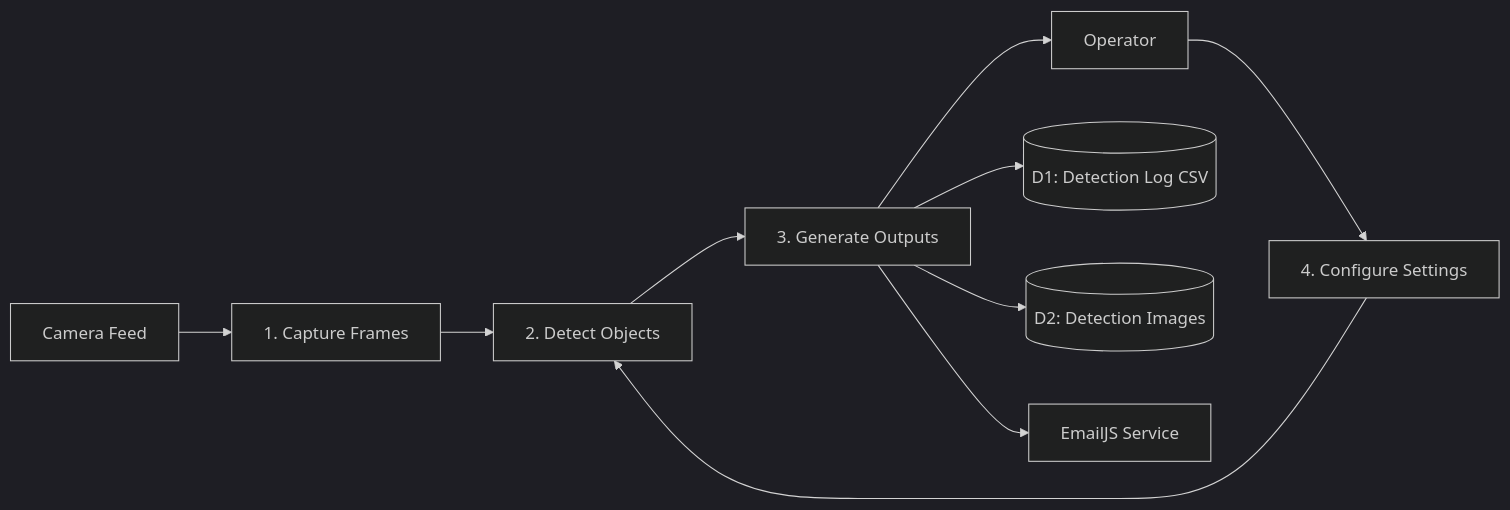
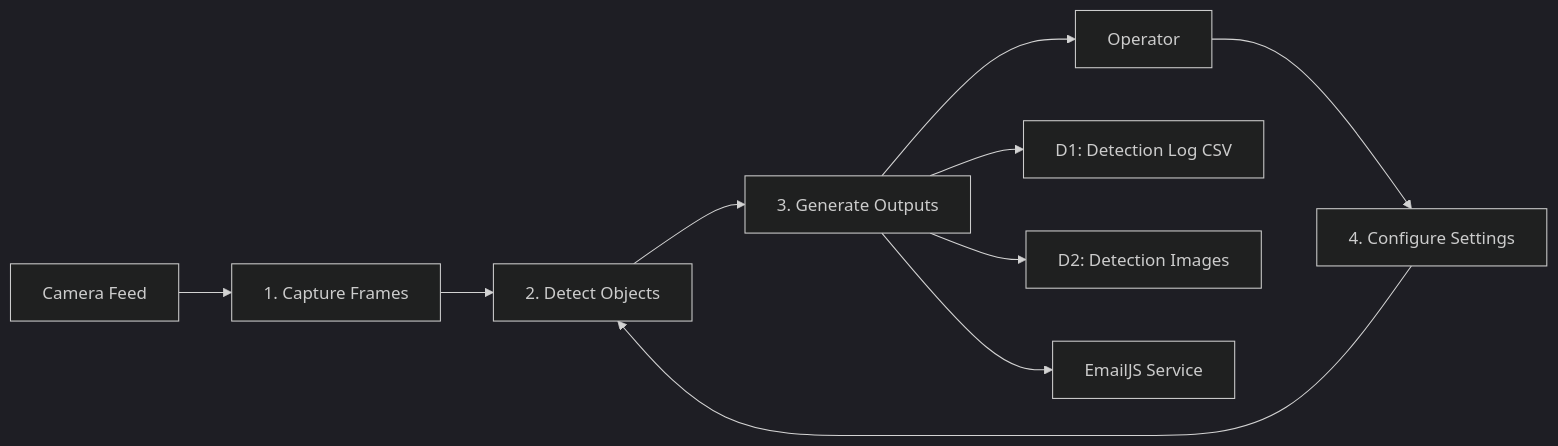
The third of 8 diagrams in README.md (Tamilselvan-S-Cyber-Security/Example.in), drawn with Mermaid (dark theme) before and after one commit. The commit also changed other lines of this file, not shown here.

````diff
--- a/README.md
+++ b/README.md
@@ -517,15 +517,15 @@
 ```mermaid
-flowchart LR
-  Camera[Camera Feed] --> P1[1. Capture Frames]
-  Operator[Operator] --> P4[4. Configure Settings]
-
-  P1 --> P2[2. Detect Objects]
+graph LR
+  Camera["Camera Feed"] --> P1["1. Capture Frames"]
+  Operator["Operator"] --> P4["4. Configure Settings"]
+ 
+  P1 --> P2["2. Detect Objects"]
   P4 --> P2
-
-  P2 --> P3[3. Generate Outputs]
-
+ 
+  P2 --> P3["3. Generate Outputs"]
+ 
   P3 --> Operator
-  P3 --> D1[(D1: Detection Log CSV)]
-  P3 --> D2[(D2: Detection Images)]
-  P3 --> Ext[EmailJS Service]
+  P3 --> D1["D1: Detection Log CSV"]
+  P3 --> D2["D2: Detection Images"]
+  P3 --> Ext["EmailJS Service"]
 ```
````
